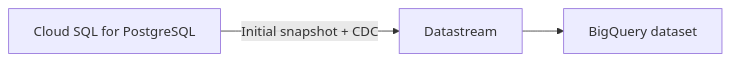
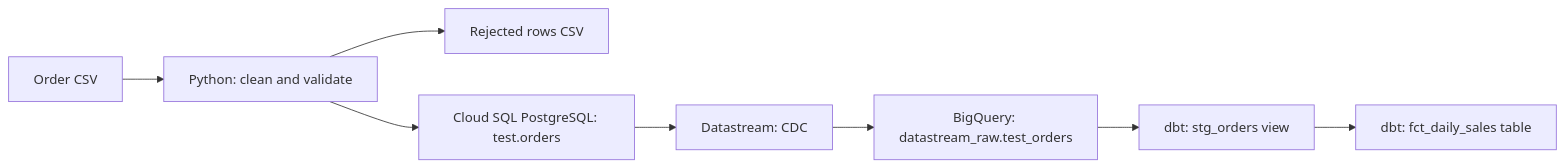
The diagram in README.md (EunnaPark/postgres-bigquery-dbt-pipeline), drawn with Mermaid before and after one commit. The commit also changed other lines of this file and 1 other file, not shown here.

Commit message:
Document Python ingestion and dbt validation workflow

````diff
--- a/README.md
+++ b/README.md
@@ -14,5 +23,10 @@
 ```mermaid
 flowchart LR
-    PG["Cloud SQL for PostgreSQL"] -->|"Initial snapshot + CDC"| DS["Datastream"]
-    DS --> BQ["BigQuery dataset"]
+    CSV["Order CSV"] --> PY["Python: clean and validate"]
+    PY --> ERR["Rejected rows CSV"]
+    PY --> PG["Cloud SQL PostgreSQL: test.orders"]
+    PG --> DS["Datastream: CDC"]
+    DS --> RAW["BigQuery: datastream_raw.test_orders"]
+    RAW --> STG["dbt: stg_orders view"]
+    STG --> MART["dbt: fct_daily_sales table"]
 ```
````
